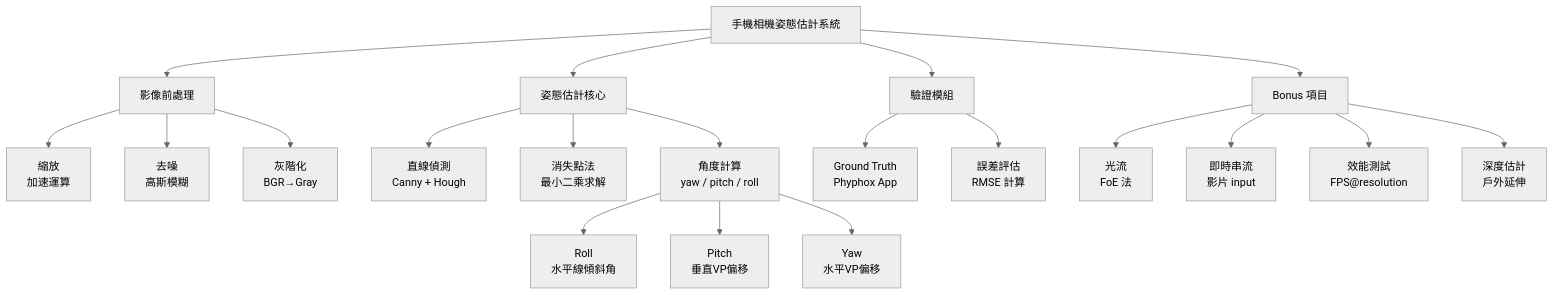
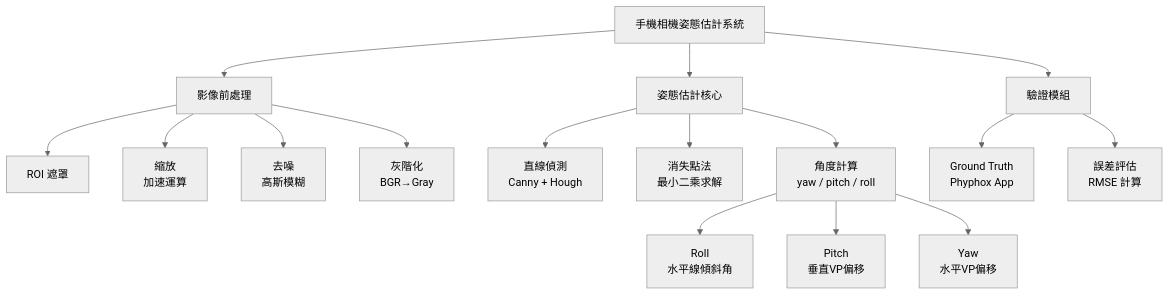
One commit to Ningchuan888/image_recognition_smartphone_camara changed the first of 2 diagrams in README.md. Above: the diagram before and after it, drawn with Mermaid (neutral theme). The commit also changed other lines of this file, not shown here.

````diff
--- a/README.md
+++ b/README.md
@@ -50,29 +50,25 @@
 ```mermaid
 flowchart TD
     ROOT["手機相機姿態估計系統"]
-
+ 
     ROOT --> PRE["影像前處理"]
     ROOT --> CORE["姿態估計核心"]
     ROOT --> VAL["驗證模組"]
-    ROOT --> BONUS["Bonus 項目"]
-
+ 
+    PRE --> PRE0["ROI 遮罩"]
     PRE --> PRE1["縮放\n加速運算"]
     PRE --> PRE2["去噪\n高斯模糊"]
     PRE --> PRE3["灰階化\nBGR→Gray"]
-
+ 
     CORE --> CORE1["直線偵測\nCanny + Hough"]
     CORE --> CORE2["消失點法\n最小二乘求解"]
     CORE --> CORE3["角度計算\nyaw / pitch / roll"]
-
+ 
     CORE3 --> OUT1["Roll\n水平線傾斜角"]
     CORE3 --> OUT2["Pitch\n垂直VP偏移"]
     CORE3 --> OUT3["Yaw\n水平VP偏移"]
-
+ 
     VAL --> VAL1["Ground Truth\nPhyphox App"]
     VAL --> VAL2["誤差評估\nRMSE 計算"]
 
-    BONUS --> BON1["光流\nFoE 法"]
-    BONUS --> BON2["即時串流\n影片 input"]
-    BONUS --> BON3["效能測試\nFPS@resolution"]
-    BONUS --> BON4["深度估計\n戶外延伸"]
 ```
````
